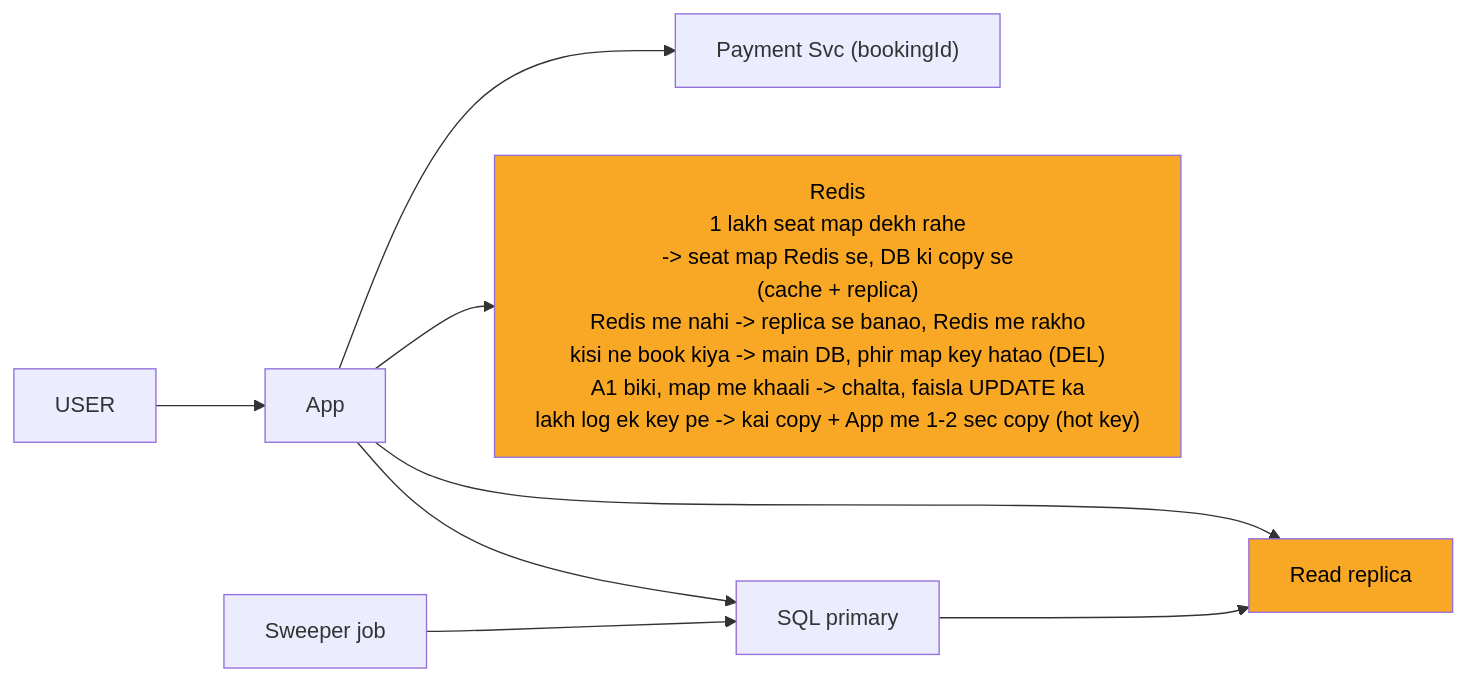
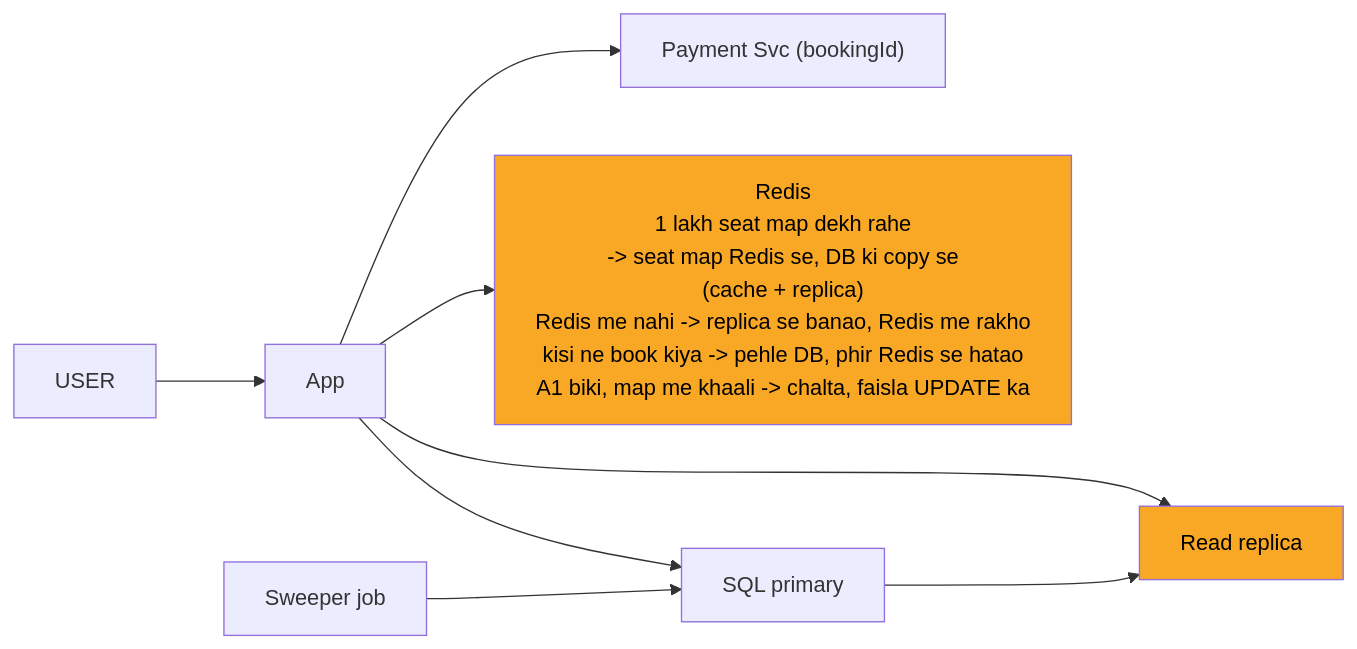
Before and after one commit to ArpanMaheshwari144/Prep: the fifth of 9 diagrams in 04_HLD/SYSTEM_DESIGNS/09_bookmyshow/09_bookmyshow_INTERVIEW.md, drawn with Mermaid. The commit also changed other lines of this file and 13 other files, not shown here.

````diff
--- a/04_HLD/SYSTEM_DESIGNS/09_bookmyshow/09_bookmyshow_INTERVIEW.md
+++ b/04_HLD/SYSTEM_DESIGNS/09_bookmyshow/09_bookmyshow_INTERVIEW.md
@@ -188,20 +188,20 @@
 ```mermaid
 %%{init: {"flowchart": {"wrappingWidth": 450}}}%%
 flowchart LR
     n_USER["USER"]
     n_App["App"]
     n_Payment_Svc["Payment Svc (bookingId)"]
-    n_Redis["Redis<br/>1 lakh seat map dekh rahe<br/>-> seat map Redis se, DB ki copy se<br/>(cache + replica)<br/>Redis me nahi -> replica se banao, Redis me rakho<br/>kisi ne book kiya -> main DB, phir map key hatao (DEL)<br/>A1 biki, map me khaali -> chalta, faisla UPDATE ka<br/>lakh log ek key pe -> kai copy + App me 1-2 sec copy (hot key)"]
+    n_Redis["Redis<br/>1 lakh seat map dekh rahe<br/>-> seat map Redis se, DB ki copy se<br/>(cache + replica)<br/>Redis me nahi -> replica se banao, Redis me rakho<br/>kisi ne book kiya -> pehle DB, phir Redis se hatao<br/>A1 biki, map me khaali -> chalta, faisla UPDATE ka"]
     n_Read_replica["Read replica"]
     n_SQL_primary["SQL primary"]
     n_Sweeper_job["Sweeper job"]
     n_USER --> n_App
     n_App --> n_Payment_Svc
     n_App --> n_Redis
     n_App --> n_Read_replica
     n_App --> n_SQL_primary
     n_Sweeper_job --> n_SQL_primary
     n_SQL_primary --> n_Read_replica
     style n_Redis fill:#f9a825,color:#000
     style n_Read_replica fill:#f9a825,color:#000
 ```
````
